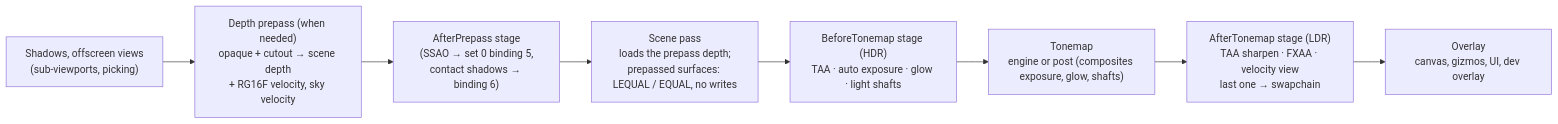
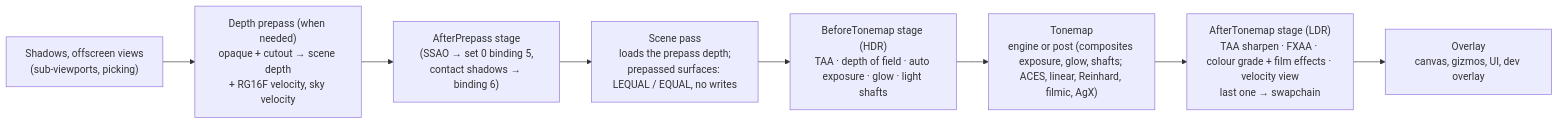
The diagram in docs/design/post-processing.md (Mainframe-Games/mainframe-engine), drawn with Mermaid before and after one commit. The commit also changed other lines of this file and 68 other files, not shown here.

First line of the commit message:
Rendering: cinematic post chain: LUT grade, tonemappers, glow, DoF, film effects (ADR 0168)

````diff
--- a/docs/design/post-processing.md
+++ b/docs/design/post-processing.md
@@ -13,10 +14,10 @@
 ```mermaid
 flowchart LR
     SH["Shadows, offscreen views<br/>(sub-viewports, picking)"] --> PP["Depth prepass (when needed)<br/>opaque + cutout → scene depth<br/>+ RG16F velocity, sky velocity"]
     PP --> AP["AfterPrepass stage<br/>(SSAO → set 0 binding 5,<br/>contact shadows → binding 6)"]
     AP --> SC["Scene pass<br/>loads the prepass depth;<br/>prepassed surfaces: LEQUAL / EQUAL, no writes"]
-    SC --> BT["BeforeTonemap stage (HDR)<br/>TAA · auto exposure · glow · light shafts"]
-    BT --> TM["Tonemap<br/>engine or post (composites exposure, glow, shafts)"]
-    TM --> AT["AfterTonemap stage (LDR)<br/>TAA sharpen · FXAA · velocity view<br/>last one → swapchain"]
+    SC --> BT["BeforeTonemap stage (HDR)<br/>TAA · depth of field · auto exposure · glow · light shafts"]
+    BT --> TM["Tonemap<br/>engine or post (composites exposure, glow, shafts; ACES, linear, Reinhard, filmic, AgX)"]
+    TM --> AT["AfterTonemap stage (LDR)<br/>TAA sharpen · FXAA · colour grade + film effects · velocity view<br/>last one → swapchain"]
     AT --> OV["Overlay<br/>canvas, gizmos, UI, dev overlay"]
 ```
````
